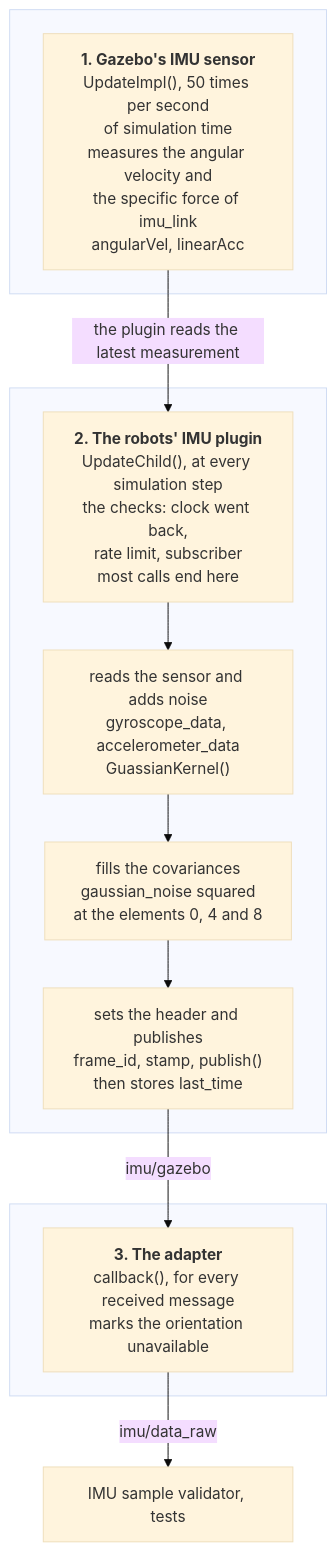
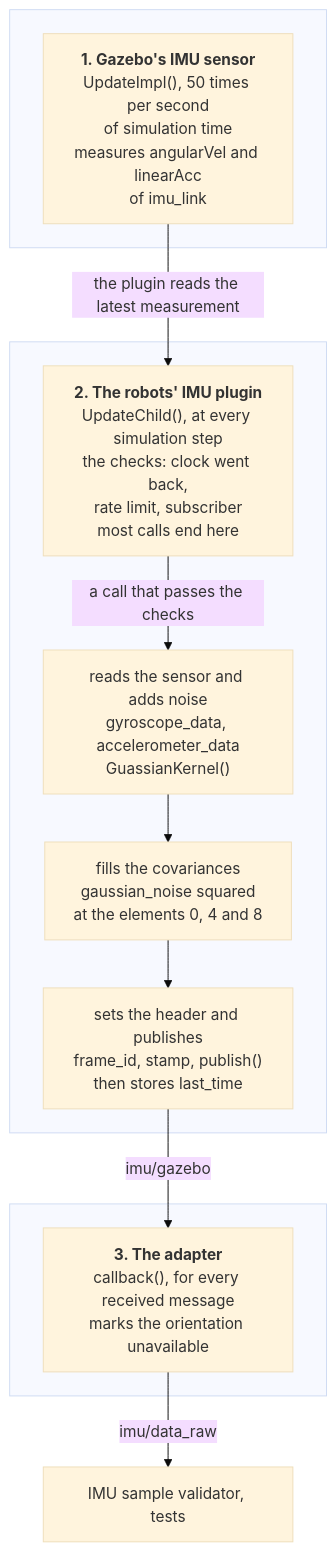
Before and after one commit to ros-mobile-robots/ros-mobile-robots.github.io: the first of 3 diagrams in docs/packages/imu/simulation/measurement-to-message.md, drawn with Mermaid (base theme). The commit also changed other lines of this file, not shown here.

First line of the commit message:
IMU Simulation: one recorded sample through the three parts

````diff
--- a/docs/packages/imu/simulation/measurement-to-message.md
+++ b/docs/packages/imu/simulation/measurement-to-message.md
@@ -13,21 +19,21 @@
 ```mermaid
 graph TB
   subgraph PART1 [ ]
-    MEASURE["<b>1. Gazebo's IMU sensor</b><br/>UpdateImpl(), 50 times per second<br/>of simulation time<br/>measures the angular velocity and<br/>the specific force of imu_link<br/>angularVel, linearAcc"]
+    MEASURE["<b>1. Gazebo's IMU sensor</b><br/>UpdateImpl(), 50 times per second<br/>of simulation time<br/>measures angularVel and linearAcc<br/>of imu_link"]
   end
   subgraph PART2 [ ]
     CHECKS["<b>2. The robots' IMU plugin</b><br/>UpdateChild(), at every simulation step<br/>the checks: clock went back,<br/>rate limit, subscriber<br/>most calls end here"]
     READ["reads the sensor and adds noise<br/>gyroscope_data, accelerometer_data<br/>GuassianKernel()"]
     COVARIANCE["fills the covariances<br/>gaussian_noise squared<br/>at the elements 0, 4 and 8"]
     PUBLISH["sets the header and publishes<br/>frame_id, stamp, publish()<br/>then stores last_time"]
-    CHECKS --> READ
+    CHECKS -->|a call that passes the checks| READ
     READ --> COVARIANCE
     COVARIANCE --> PUBLISH
   end
   subgraph PART3 [ ]
     CALLBACK["<b>3. The adapter</b><br/>callback(), for every received message<br/>marks the orientation unavailable"]
   end
   MEASURE -->|the plugin reads the latest measurement| CHECKS
   PUBLISH -->|imu/gazebo| CALLBACK
   CALLBACK -->|imu/data_raw| READERS["IMU sample validator, tests"]
 ```
````
